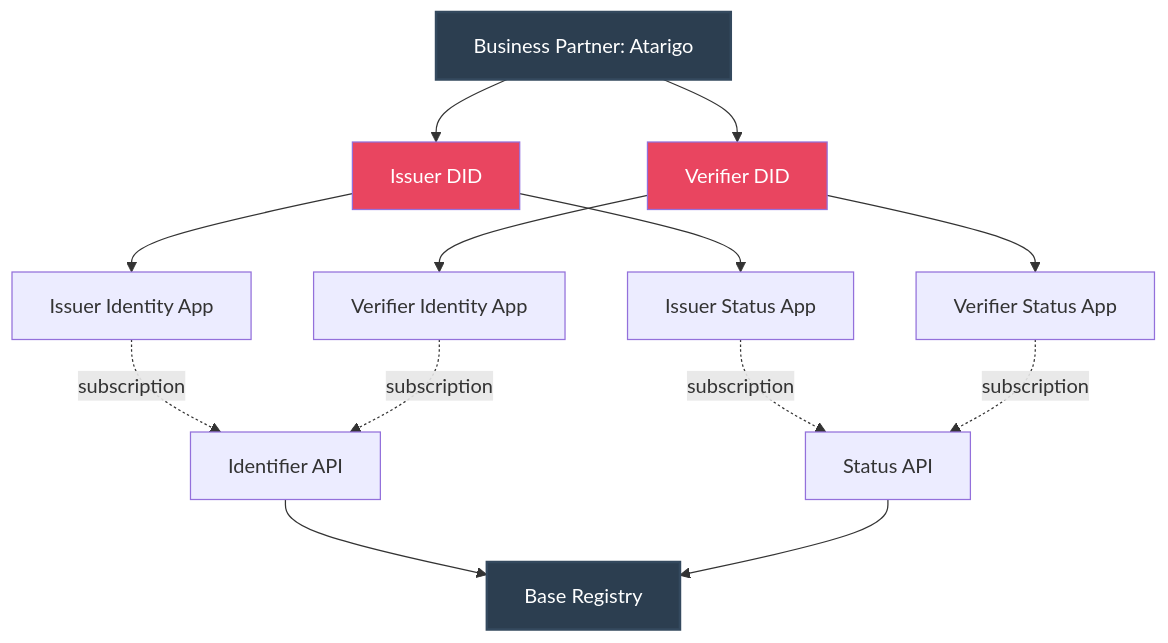
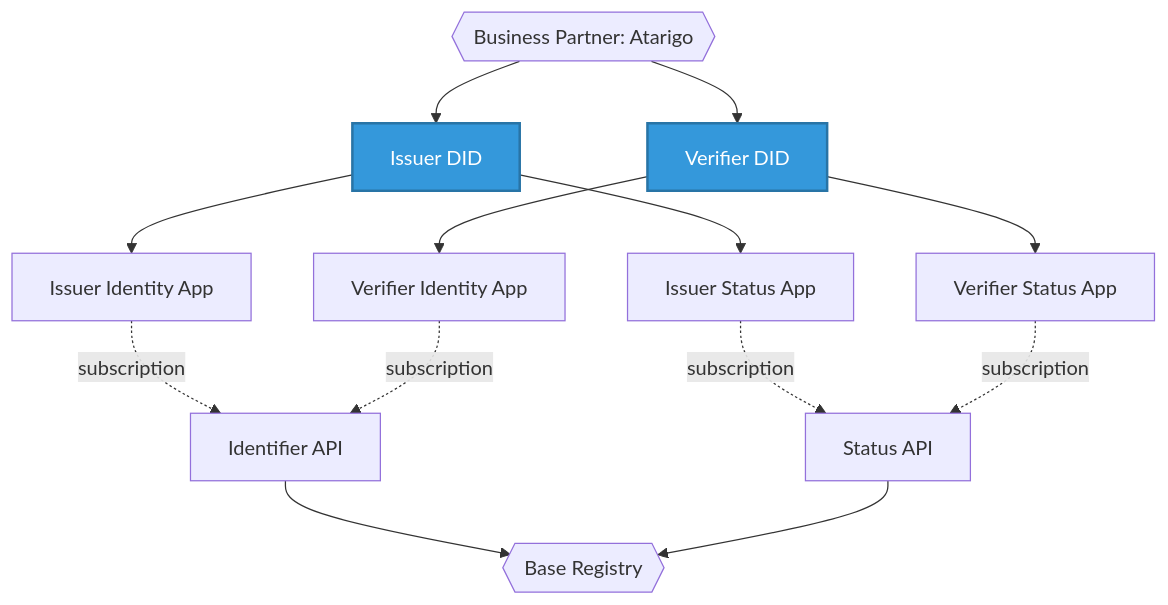
One commit to Siroccomeister/swiyuvault changed the diagram in docs/role_verifier.md. Above: the diagram before and after it, drawn with Mermaid. The commit also changed 20 other files, not shown here.

````diff
--- a/docs/role_verifier.md
+++ b/docs/role_verifier.md
@@ -29,27 +29,25 @@
 ``` mermaid
 flowchart TB
-    BP[Business Partner: Atarigo]
+    BP{{Business Partner: Atarigo}}
     
     BP --> ISSUER_DID[Issuer DID]
     BP --> VERIFIER_DID[Verifier DID]
     
     ISSUER_DID --> ISSUER_ID_APP[Issuer Identity App]
     VERIFIER_DID --> VERIFIER_ID_APP[Verifier Identity App]
     ISSUER_DID --> ISSUER_ST_APP[Issuer Status App]
     VERIFIER_DID --> VERIFIER_ST_APP[Verifier Status App]
     
     ISSUER_ID_APP -.->|subscription| ID_API[Identifier API]
     ISSUER_ST_APP -.->|subscription| STATUS_API[Status API]
     
     VERIFIER_ID_APP -.->|subscription| ID_API
     VERIFIER_ST_APP -.->|subscription| STATUS_API
     
-    ID_API --> BASE_REG[Base Registry]
+    ID_API --> BASE_REG{{Base Registry}}
     STATUS_API --> BASE_REG
     
-    style BP fill:#2c3e50,stroke:#34495e,stroke-width:2px,color:#ffffff
-    style ISSUER_DID fill:#e94560,color:#ffffff
-    style VERIFIER_DID fill:#e94560,color:#ffffff
-    style BASE_REG fill:#2c3e50,stroke:#34495e,stroke-width:2px,color:#ffffff
+    style ISSUER_DID fill:#3498DB,stroke:#2874A6,stroke-width:2px,color:#fff
+    style VERIFIER_DID fill:#3498DB,stroke:#2874A6,stroke-width:2px,color:#fff
 
 ```
````
